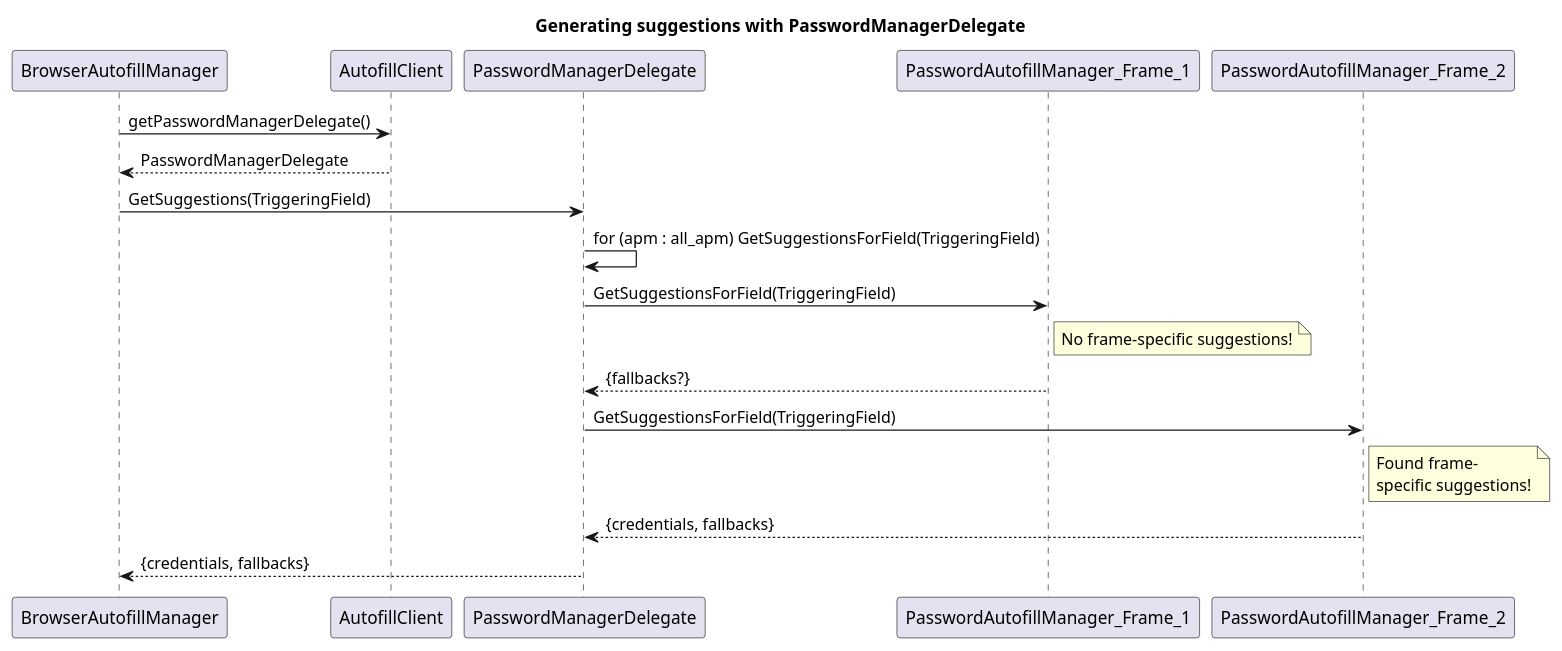
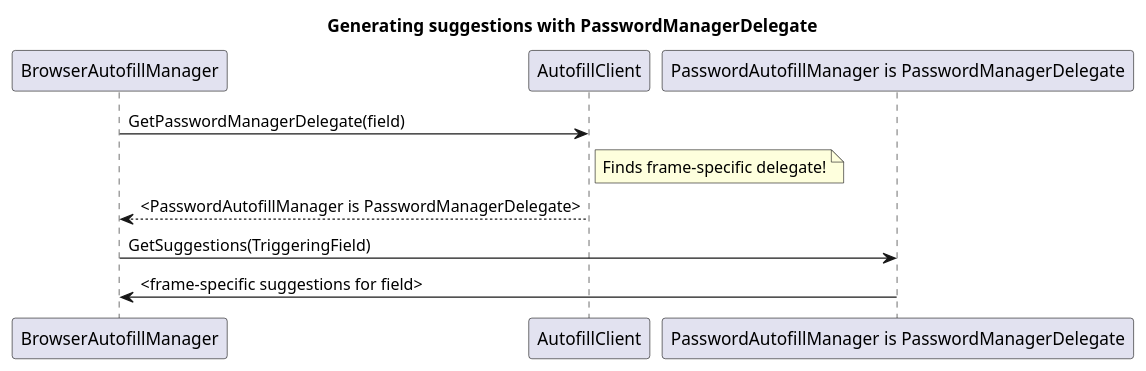
Before and after one commit to benji-cannot-code/fast-vc-chromium-benchmark-run-4: the diagram in components/autofill/core/browser/integrators/README_seq_generate.plantuml, drawn with PlantUML. The commit also changed 22 other files, not shown here.

First line of the commit message:
[Autofill] Use PasswordAutofillManager as PasswordManagerDelegate

```diff
--- a/components/autofill/core/browser/integrators/README_seq_generate.plantuml
+++ b/components/autofill/core/browser/integrators/README_seq_generate.plantuml
@@ -17,21 +17,13 @@
 @startuml
 Title: Generating suggestions with PasswordManagerDelegate
 
 participant BrowserAutofillManager as bam
 participant AutofillClient as afc
-participant PasswordManagerDelegate as apmd
-participant PasswordAutofillManager_Frame_1 as pam1
-participant PasswordAutofillManager_Frame_2 as pam2
+participant "PasswordAutofillManager is PasswordManagerDelegate" as apmd
 
-bam -> afc:  getPasswordManagerDelegate()
-afc --> bam:  PasswordManagerDelegate
+bam -> afc:  GetPasswordManagerDelegate(field)
+note right of afc: Finds frame-specific delegate!
+afc --> bam:  <PasswordAutofillManager is PasswordManagerDelegate>
 bam -> apmd:  GetSuggestions(TriggeringField)
-apmd -> apmd: for (apm : all_apm) GetSuggestionsForField(TriggeringField)
-apmd -> pam1: GetSuggestionsForField(TriggeringField)
-note right of pam1: No frame-specific suggestions!
-pam1 --> apmd: {fallbacks?}
-apmd -> pam2: GetSuggestionsForField(TriggeringField)
-note right of pam2: Found frame-\nspecific suggestions!
-pam2 --> apmd: {credentials, fallbacks}
-apmd --> bam: {credentials, fallbacks}
+apmd -> bam: <frame-specific suggestions for field>
 @enduml
```
